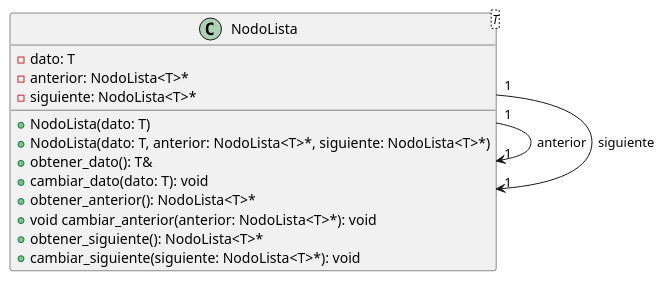
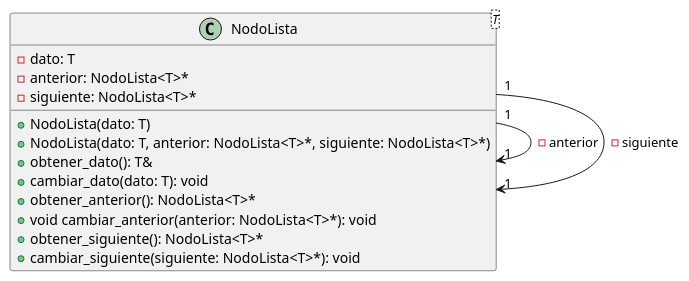
Before and after one commit to Tastor2k2/AYED-tpg-2c2024-compilados: the diagram in UML/NodoLista.puml, drawn with PlantUML.

```diff
--- a/UML/NodoLista.puml
+++ b/UML/NodoLista.puml
@@ -1,21 +1,21 @@
 @startuml
 
 class NodoLista<T> {
     - dato: T
     - anterior: NodoLista<T>*
     - siguiente: NodoLista<T>*
 
     + NodoLista(dato: T)
     + NodoLista(dato: T, anterior: NodoLista<T>*, siguiente: NodoLista<T>*)
     + obtener_dato(): T&
     + cambiar_dato(dato: T): void
     + obtener_anterior(): NodoLista<T>*
     + void cambiar_anterior(anterior: NodoLista<T>*): void
     + obtener_siguiente(): NodoLista<T>*
     + cambiar_siguiente(siguiente: NodoLista<T>*): void
 }
 
-NodoLista "1" --> "1" NodoLista: anterior
-NodoLista "1" --> "1" NodoLista: siguiente
+NodoLista "1" --> "1" NodoLista: -anterior
+NodoLista "1" --> "1" NodoLista: -siguiente
 
 @enduml
```
